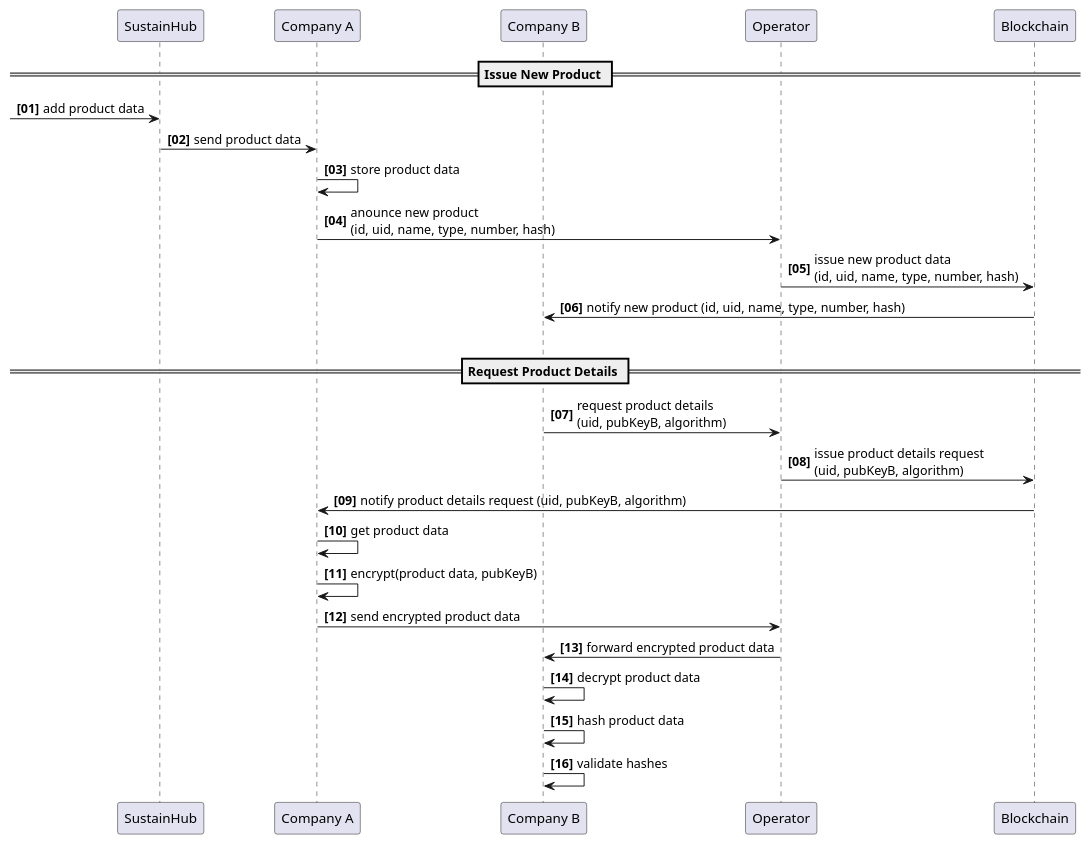
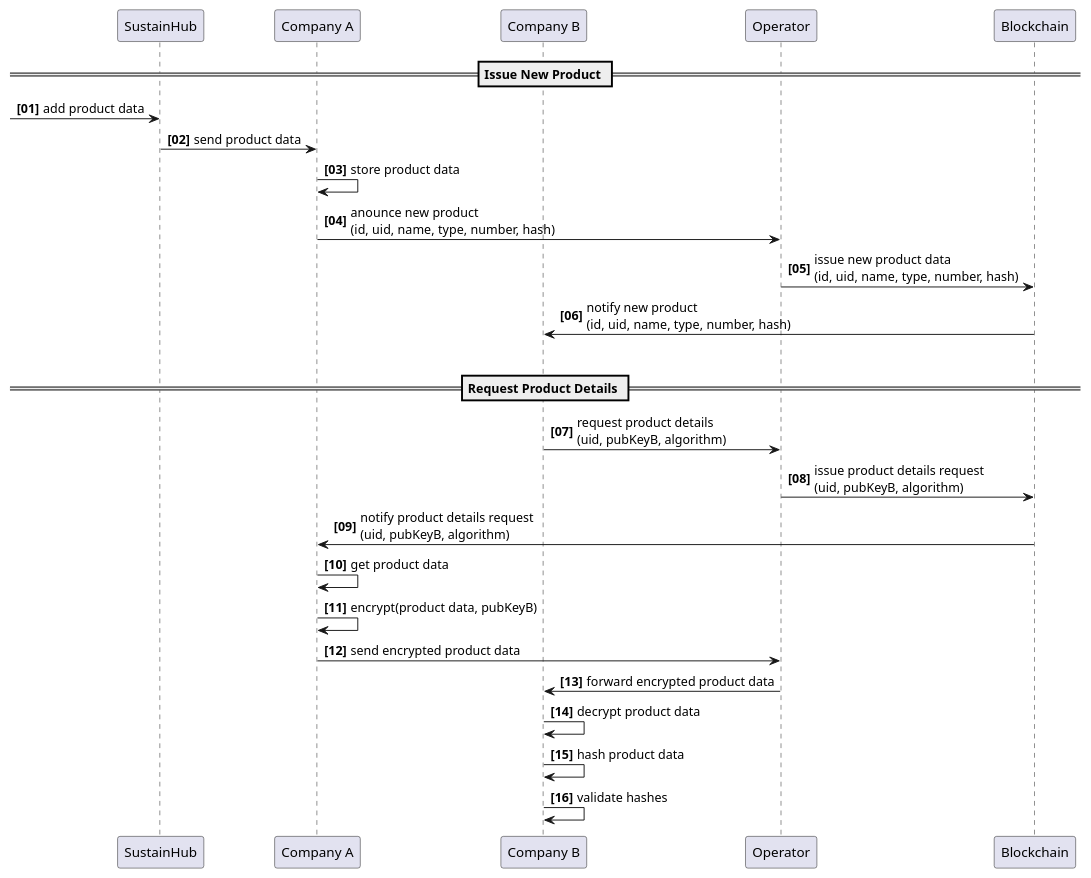
Before and after one commit to chainstep/dibichain-demo: the diagram in docs/plantuml/src/flow.puml, drawn with PlantUML. The commit also changed 45 other files, not shown here.

```diff
--- a/docs/plantuml/src/flow.puml
+++ b/docs/plantuml/src/flow.puml
@@ -1,34 +1,34 @@
 @startuml
 autonumber "<b>[00]"
 
 participant "SustainHub" as SUS
 participant "Company A" as COMPA
 participant "Company B" as COMPB
 participant "Operator" as OP
 participant "Blockchain" as BC
 
 
 == Issue New Product ==
 
 -> SUS: add product data
 SUS -> COMPA: send product data
 COMPA -> COMPA: store product data
 COMPA -> OP: anounce new product\n(id, uid, name, type, number, hash)
 OP -> BC: issue new product data\n(id, uid, name, type, number, hash)
-BC -> COMPB: notify new product (id, uid, name, type, number, hash)
+BC -> COMPB: notify new product\n(id, uid, name, type, number, hash)
 |||
 
 == Request Product Details ==
 
 COMPB -> OP: request product details\n(uid, pubKeyB, algorithm)
 OP -> BC: issue product details request\n(uid, pubKeyB, algorithm)
-BC -> COMPA: notify product details request (uid, pubKeyB, algorithm)
+BC -> COMPA: notify product details request\n(uid, pubKeyB, algorithm)
 COMPA -> COMPA: get product data
 COMPA -> COMPA: encrypt(product data, pubKeyB)
 COMPA -> OP: send encrypted product data
 OP -> COMPB: forward encrypted product data
 COMPB -> COMPB: decrypt product data
 COMPB -> COMPB: hash product data
 COMPB -> COMPB: validate hashes
 
 @enduml
```
